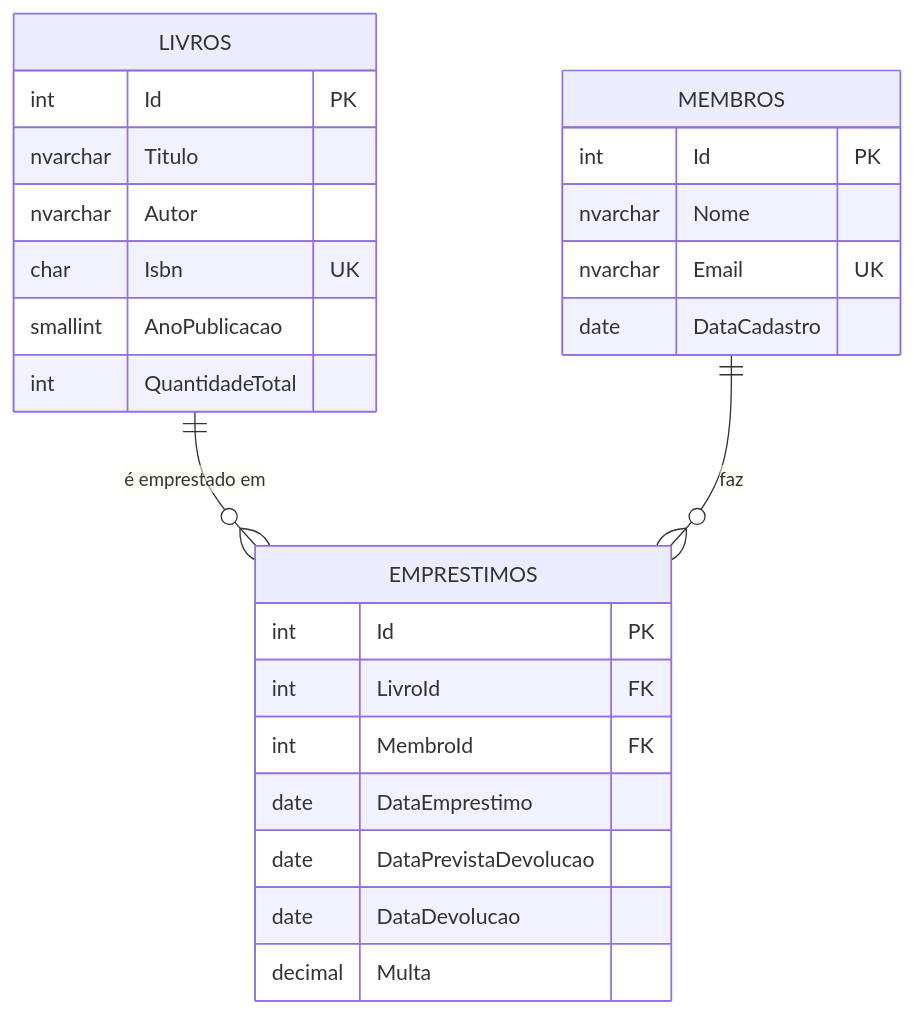
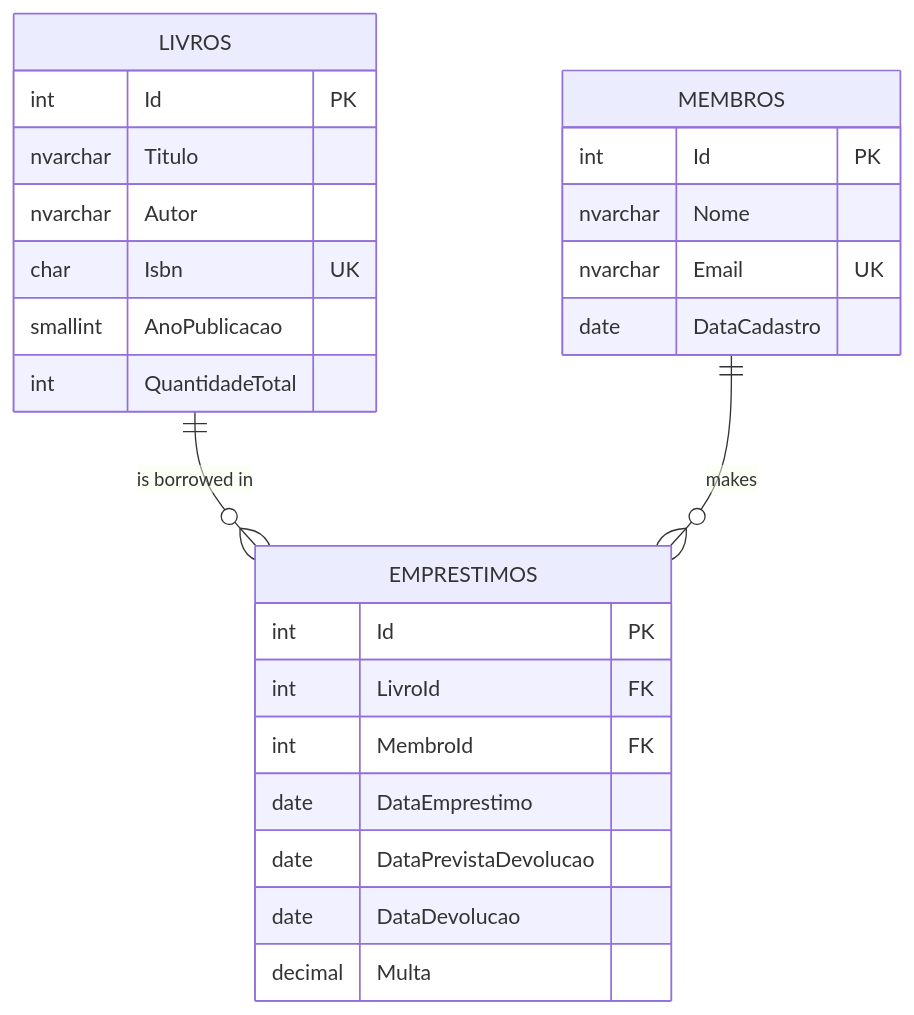
The diagram in README.md (vitorbg7/biblioteca-csharp), drawn with Mermaid before and after one commit. The commit also changed other lines of this file and 1 other file, not shown here.

````diff
--- a/README.md
+++ b/README.md
@@ -30,28 +32,28 @@
 ```mermaid
 erDiagram
-    LIVROS ||--o{ EMPRESTIMOS : "é emprestado em"
-    MEMBROS ||--o{ EMPRESTIMOS : "faz"
+    LIVROS ||--o{ EMPRESTIMOS : "is borrowed in"
+    MEMBROS ||--o{ EMPRESTIMOS : "makes"
     LIVROS {
         int Id PK
         nvarchar Titulo
         nvarchar Autor
         char Isbn UK
         smallint AnoPublicacao
         int QuantidadeTotal
     }
     MEMBROS {
         int Id PK
         nvarchar Nome
         nvarchar Email UK
         date DataCadastro
     }
     EMPRESTIMOS {
         int Id PK
         int LivroId FK
         int MembroId FK
         date DataEmprestimo
         date DataPrevistaDevolucao
         date DataDevolucao
         decimal Multa
     }
 ```
````
